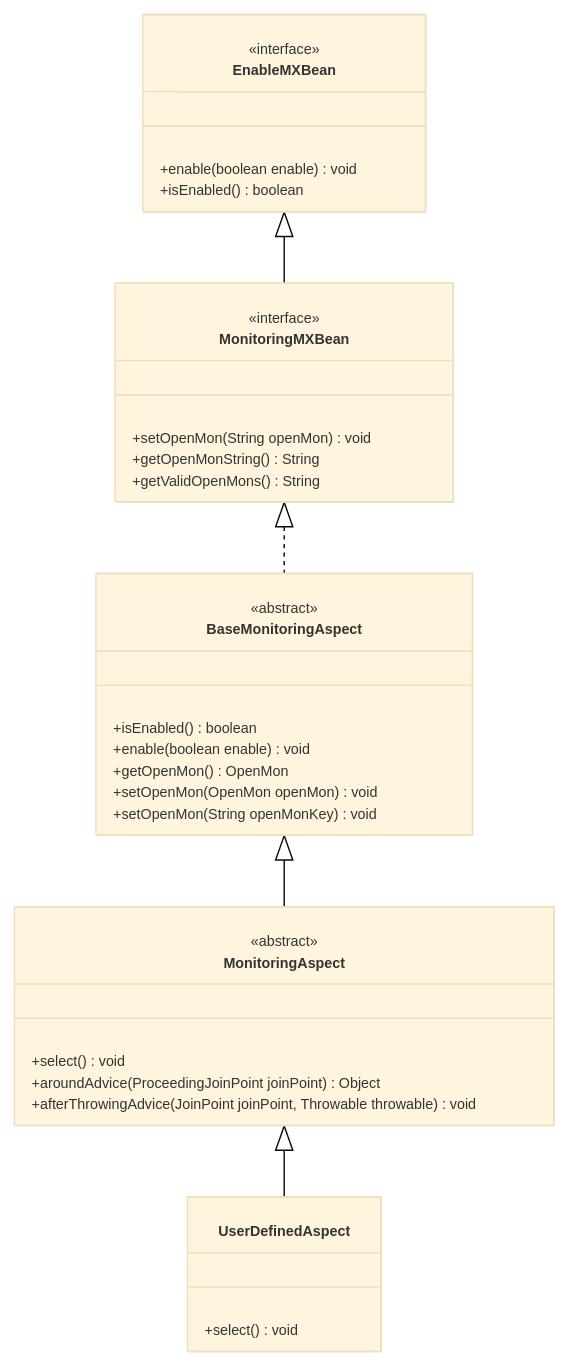
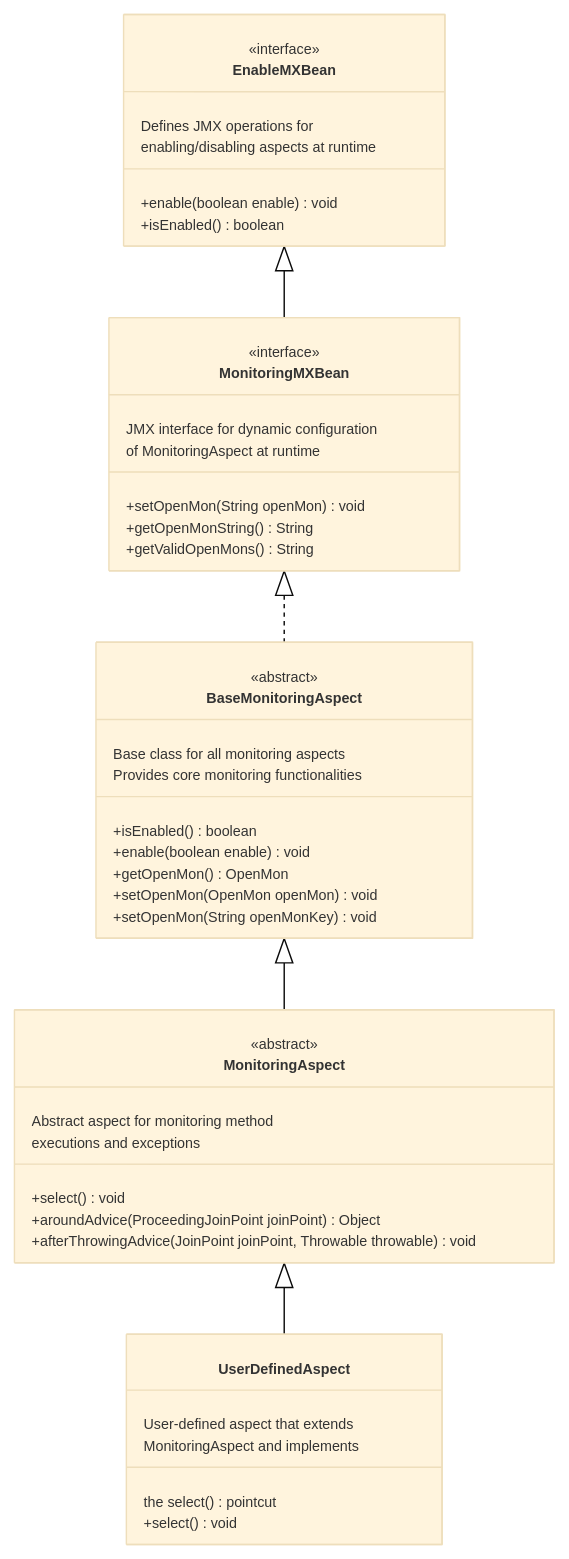
One commit to stevensouza/automon changed the first of 2 diagrams in docs/automon_class_diagrams.md. Above: the diagram before and after it, drawn with Mermaid. The commit also changed other lines of this file, not shown here.

````diff
--- a/docs/automon_class_diagrams.md
+++ b/docs/automon_class_diagrams.md
@@ -28,41 +28,52 @@
 ```mermaid
 %%{init: {'theme': 'base', 'themeVariables': { 'fontSize': '10px'}, "flowchart": {"htmlLabels": true, "curve": "linear"}, "sequence": {"useMaxWidth":false}}}%%
 classDiagram
     EnableMXBean <|-- MonitoringMXBean
     MonitoringMXBean <|.. BaseMonitoringAspect
     BaseMonitoringAspect <|-- MonitoringAspect
     MonitoringAspect <|-- UserDefinedAspect
 
     class EnableMXBean {
         <<interface>>
+        Defines JMX operations for
+        enabling/disabling aspects at runtime
         +enable(boolean enable) void
         +isEnabled() boolean
     }
 
     class MonitoringMXBean {
         <<interface>>
+        JMX interface for dynamic configuration
+        of MonitoringAspect at runtime
         +setOpenMon(String openMon) void
         +getOpenMonString() String
         +getValidOpenMons() String
     }
 
     class BaseMonitoringAspect {
         <<abstract>>
+        Base class for all monitoring aspects
+        Provides core monitoring functionalities
         +isEnabled() boolean
         +enable(boolean enable) void
         +getOpenMon() OpenMon
         +setOpenMon(OpenMon openMon) void
         +setOpenMon(String openMonKey) void
     }
 
     class MonitoringAspect {
         <<abstract>>
+        Abstract aspect for monitoring method
+        executions and exceptions
         +select() void
         +aroundAdvice(ProceedingJoinPoint joinPoint) Object
         +afterThrowingAdvice(JoinPoint joinPoint, Throwable throwable) void
     }
 
     class UserDefinedAspect {
+        User-defined aspect that extends
+        MonitoringAspect and implements
+        the select() pointcut
         +select() void
     }
 ```
````
